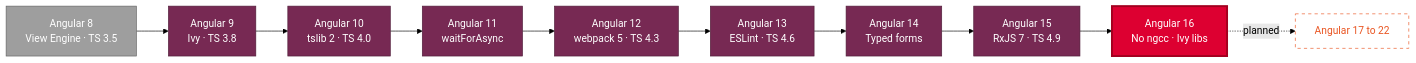
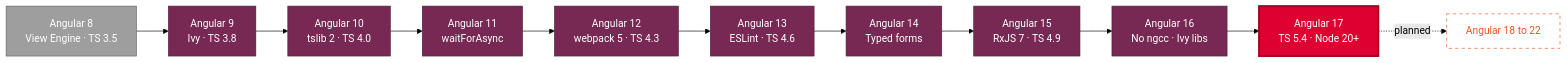
The sixth of 6 diagrams in README.md (NisanurBulut/KimOkurAPP), drawn with Mermaid (forest theme) before and after one commit. The commit also changed other lines of this file and 7 other files, not shown here.

````diff
--- a/README.md
+++ b/README.md
@@ -443,21 +443,22 @@
 ```mermaid
 flowchart LR
     A8["Angular 8<br/>View Engine · TS 3.5"] --> A9["Angular 9<br/>Ivy · TS 3.8"]
     A9 --> A10["Angular 10<br/>tslib 2 · TS 4.0"]
     A10 --> A11["Angular 11<br/>waitForAsync"]
     A11 --> A12["Angular 12<br/>webpack 5 · TS 4.3"]
     A12 --> A13["Angular 13<br/>ESLint · TS 4.6"]
     A13 --> A14["Angular 14<br/>Typed forms"]
     A14 --> A15["Angular 15<br/>RxJS 7 · TS 4.9"]
     A15 --> A16["Angular 16<br/>No ngcc · Ivy libs"]
-    A16 -.->|"planned"| NEXT["Angular 17 to 22"]
+    A16 --> A17["Angular 17<br/>TS 5.4 · Node 20+"]
+    A17 -.->|"planned"| NEXT["Angular 18 to 22"]
 
     classDef old fill:#9E9E9E,stroke:#616161,color:#ffffff
     classDef step fill:#772953,stroke:#4E1B37,color:#ffffff
     classDef now fill:#DD0031,stroke:#A3001F,color:#ffffff,stroke-width:3px
     classDef next fill:#ffffff,stroke:#E95420,color:#E95420,stroke-dasharray:5 5
     class A8 old
-    class A9,A10,A11,A12,A13,A14,A15 step
-    class A16 now
+    class A9,A10,A11,A12,A13,A14,A15,A16 step
+    class A17 now
     class NEXT next
 ```
````
